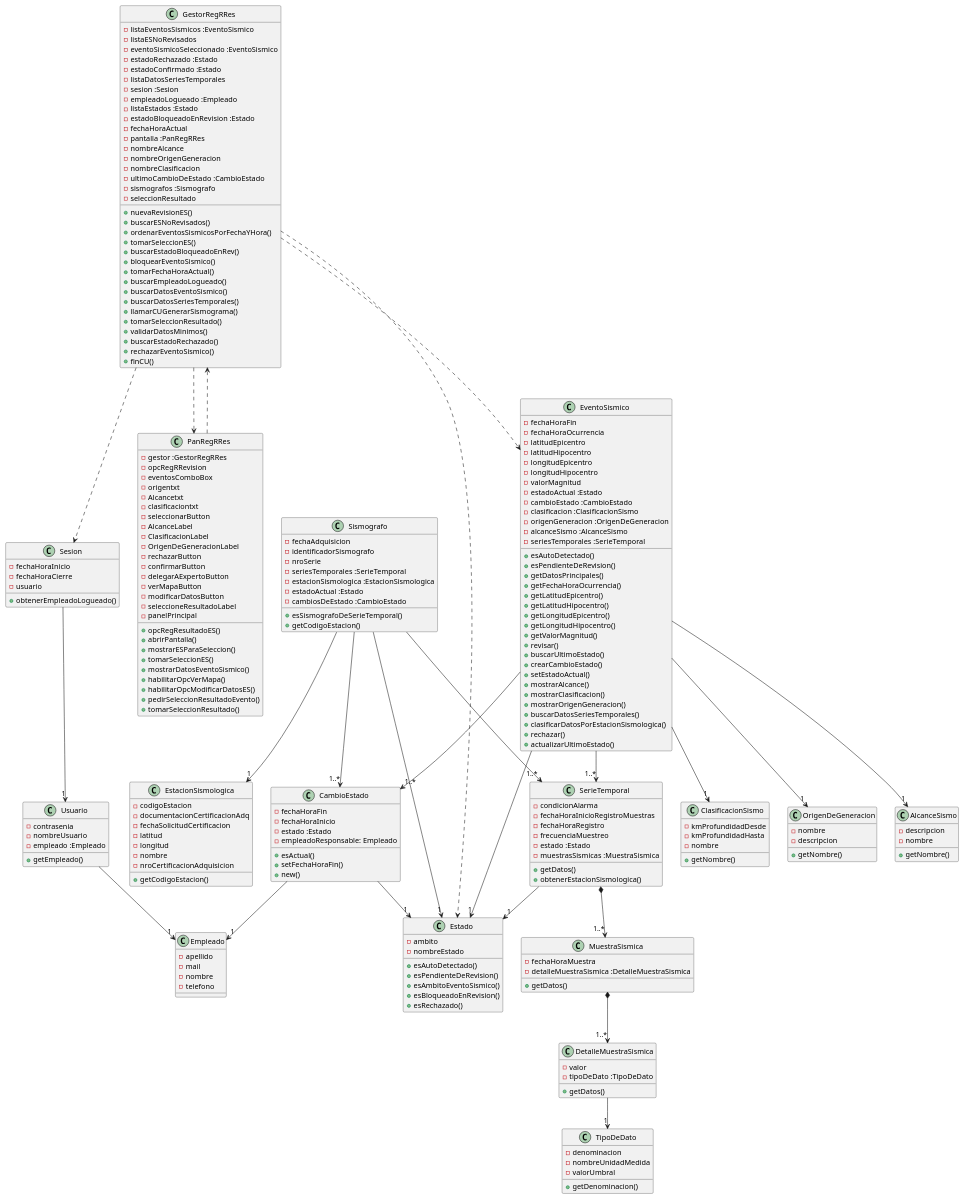
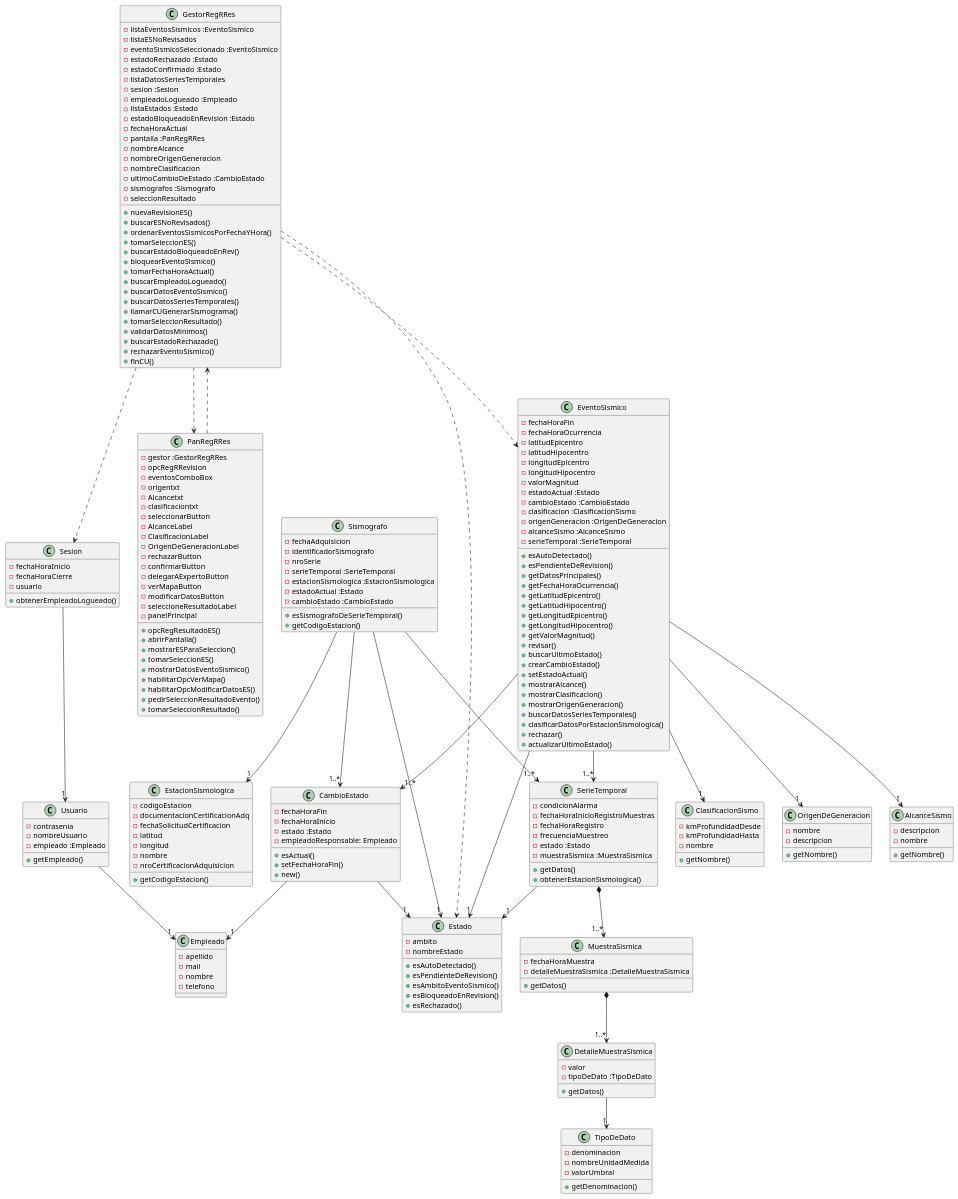
Before and after one commit to santiwg/TPI-DS2025-G1: the diagram in diagrama-vista-estatica.wsd, drawn with PlantUML. The commit also changed 3 other files, not shown here.

```diff
--- a/diagrama-vista-estatica.wsd
+++ b/diagrama-vista-estatica.wsd
@@ -144,7 +144,7 @@
     -clasificacion :ClasificacionSismo
     -origenGeneracion :OrigenDeGeneracion
     -alcanceSismo :AlcanceSismo
-    -seriesTemporales :SerieTemporal
+    -serieTemporal :SerieTemporal
 
     +esAutoDetectado()
     +esPendienteDeRevision()
@@ -188,7 +188,7 @@
     -fechaHoraRegistro
     -frecuenciaMuestreo
     -estado :Estado
-    -muestrasSismicas :MuestraSismica
+    -muestraSismica :MuestraSismica
 
     +getDatos()
     +obtenerEstacionSismologica()
@@ -206,10 +206,10 @@
     -fechaAdquisicion
     -identificadorSismografo
     -nroSerie
-    -seriesTemporales :SerieTemporal
+    -serieTemporal :SerieTemporal
     -estacionSismologica :EstacionSismologica
     -estadoActual :Estado
-    -cambiosDeEstado :CambioEstado
+    -cambioEstado :CambioEstado
 
     +esSismografoDeSerieTemporal()
     +getCodigoEstacion()
```
